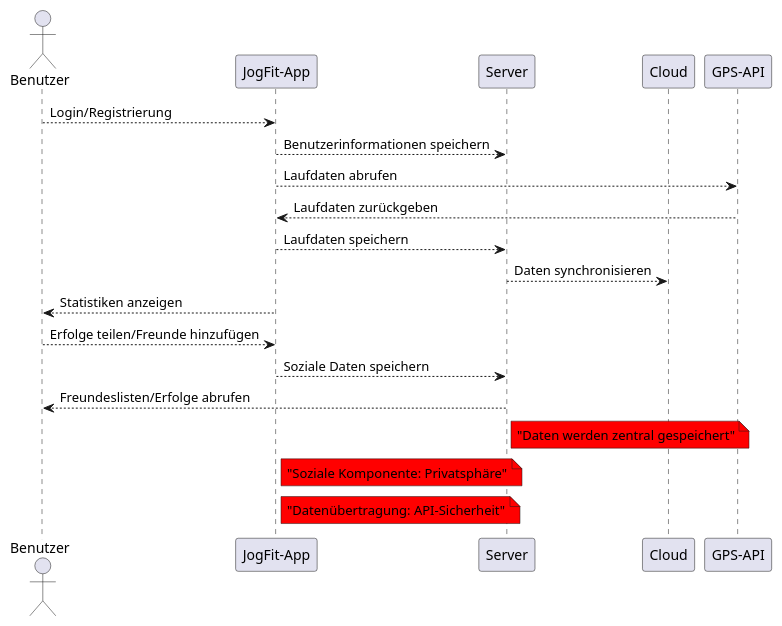
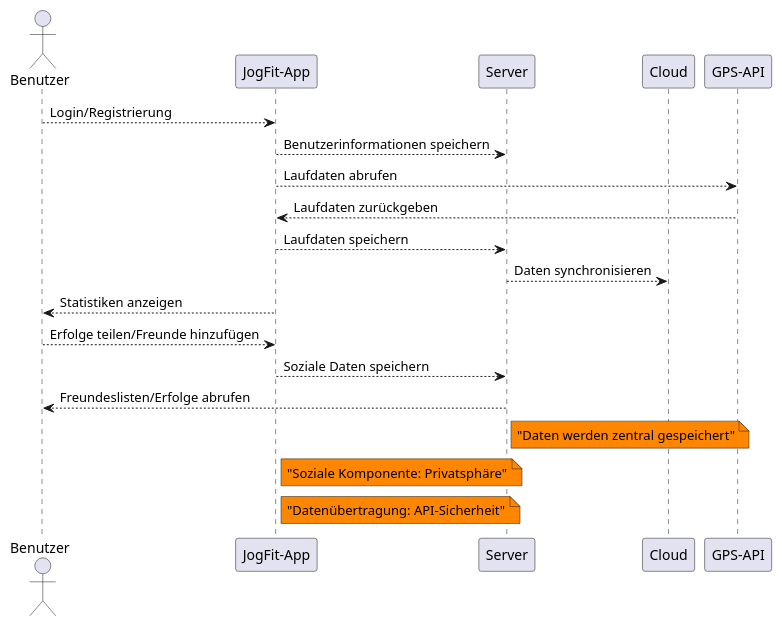
Before and after one commit to Patrike260/Projektarbeit_Modul_183: the first of 5 diagrams in Ausgangslage.puml, drawn with PlantUML. The commit also changed 2 other files, not shown here.

```diff
--- a/Ausgangslage.puml
+++ b/Ausgangslage.puml
@@ -1,37 +1,37 @@
 @startuml
 
 actor Benutzer
 
 participant "JogFit-App" as App
 participant "Server" as Server
 participant "Cloud" as Cloud
 participant "GPS-API" as GPS
 
 ' Haupt-Ablauf der App
 Benutzer --> App : Login/Registrierung
 App --> Server : Benutzerinformationen speichern
 App --> GPS : Laufdaten abrufen
 GPS --> App : Laufdaten zurückgeben
 App --> Server : Laufdaten speichern
 Server --> Cloud : Daten synchronisieren
 Benutzer <-- App : Statistiken anzeigen
 
 ' Soziale Komponente
 Benutzer --> App : Erfolge teilen/Freunde hinzufügen
 App --> Server : Soziale Daten speichern
 Server --> Benutzer : Freundeslisten/Erfolge abrufen
 
 ' Schwachstellen visualisieren
-note right of Server #FF0000
+note right of Server #FF8600
 "Daten werden zentral gespeichert"
 end note
 
-note right of App #FF0000
+note right of App #FF8600
 "Soziale Komponente: Privatsphäre"
 end note
 
-note right of App #FF0000
+note right of App #FF8600
 "Datenübertragung: API-Sicherheit"
 end note
 
 @enduml
```
